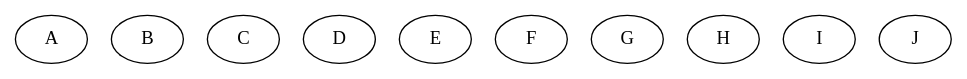
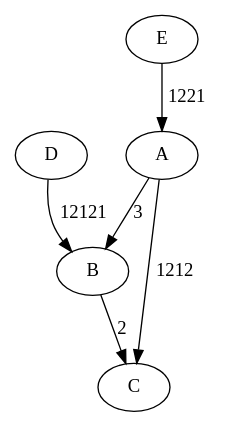
Before and after one commit to caco26i/IO-S2-2018: the diagram in test.dot, drawn with Graphviz. The commit also changed 3 other files, not shown here.

```diff
--- a/test.dot
+++ b/test.dot
@@ -1,12 +1,12 @@
 digraph G {
 "A"
+"A" -> "B" [ label="3" ];
+"A" -> "C" [ label="1212" ];
 "B"
+"B" -> "C" [ label="2" ];
 "C"
 "D"
+"D" -> "B" [ label="12121" ];
 "E"
-"F"
-"G"
-"H"
-"I"
-"J"
+"E" -> "A" [ label="1221" ];
 }
```
